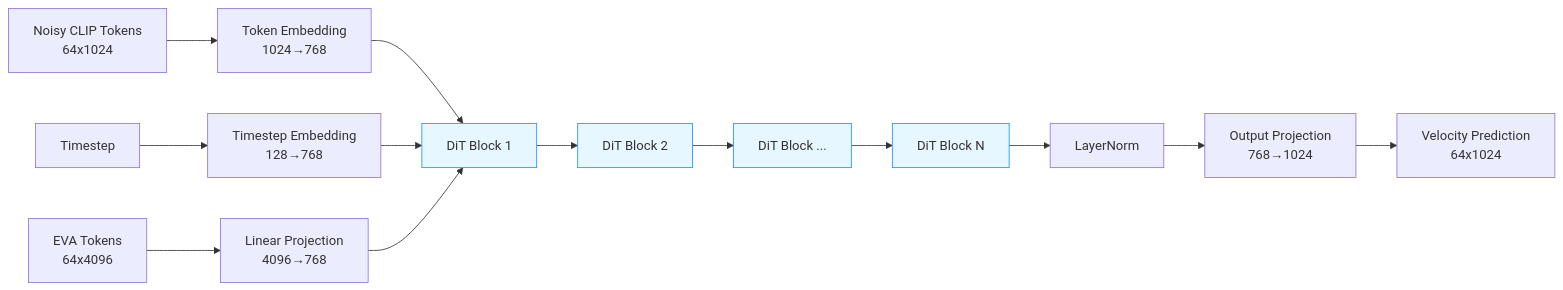
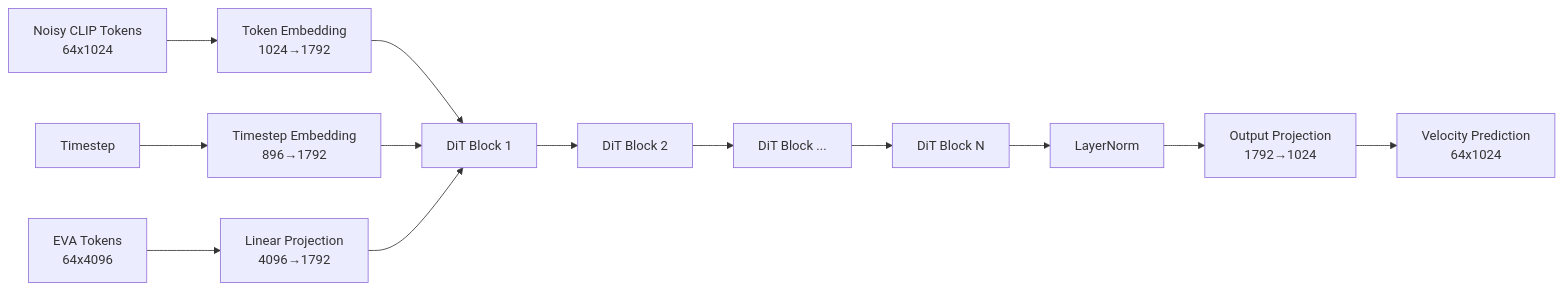
Before and after one commit to Hafeezmhk7/eva-clip-v6: the second of 3 diagrams in README.md, drawn with Mermaid.

````diff
--- a/README.md
+++ b/README.md
@@ -64,23 +64,18 @@
 ```mermaid
 flowchart LR
-    A[Noisy CLIP Tokens\n64x1024] --> B[Token Embedding\n1024→768]
-    C[Timestep] --> D[Timestep Embedding\n128→768]
-    E[EVA Tokens\n64x4096] --> F[Linear Projection\n4096→768]
+    A[Noisy CLIP Tokens\n64x1024] --> B[Token Embedding\n1024→1792]
+    C[Timestep] --> D[Timestep Embedding\n896→1792]
+    E[EVA Tokens\n64x4096] --> F[Linear Projection\n4096→1792]
     
     B --> G[DiT Block 1]
     D --> G
     F --> G
     
     G --> H[DiT Block 2]
     H --> I[DiT Block ...]
     I --> J[DiT Block N]
     
     J --> K[LayerNorm]
-    K --> L[Output Projection\n768→1024]
+    K --> L[Output Projection\n1792→1024]
     L --> M[Velocity Prediction\n64x1024]
-    
-    style G fill:#e6f7ff,stroke:#1890ff
-    style H fill:#e6f7ff,stroke:#1890ff
-    style I fill:#e6f7ff,stroke:#1890ff
-    style J fill:#e6f7ff,stroke:#1890ff
 ```
````
